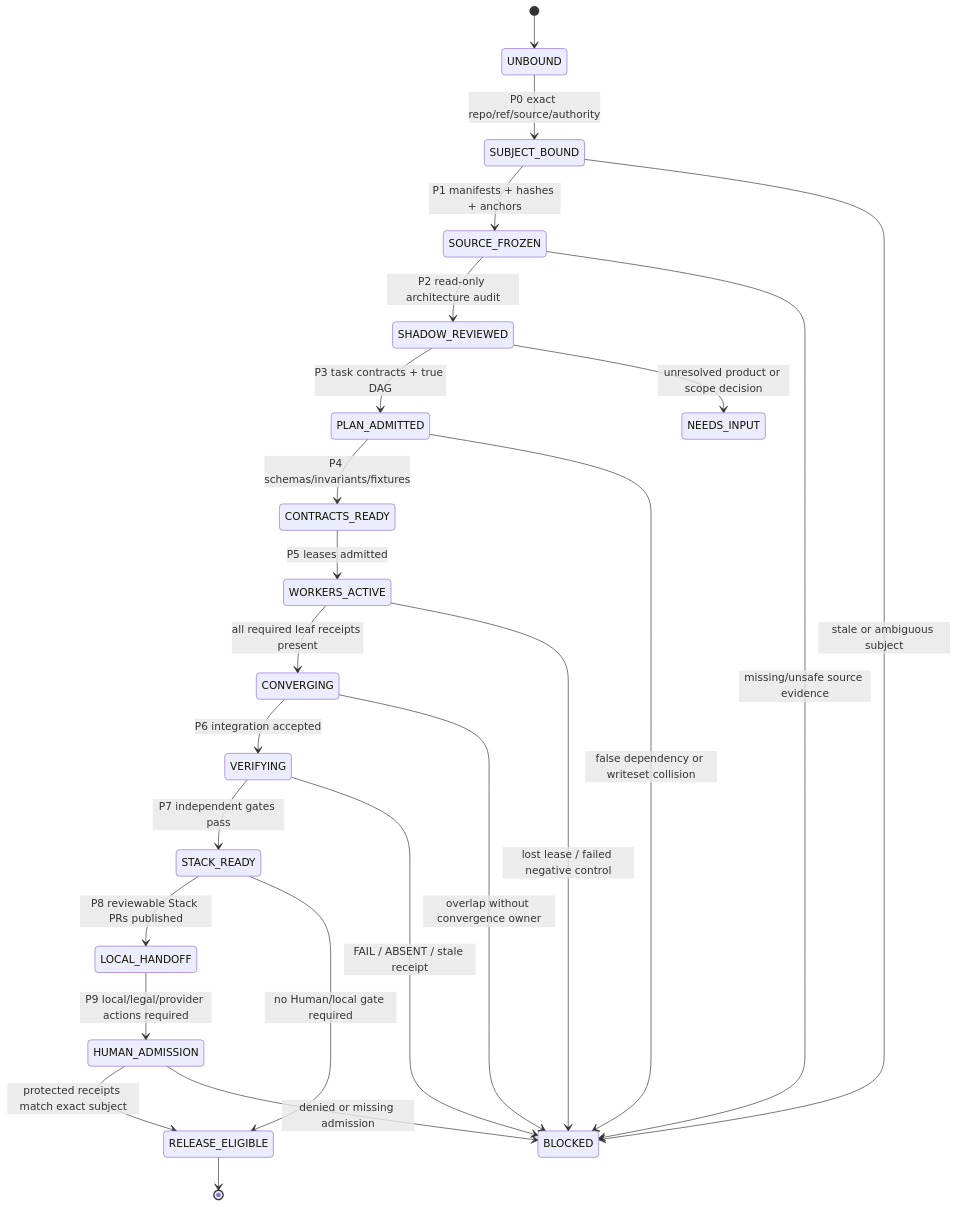
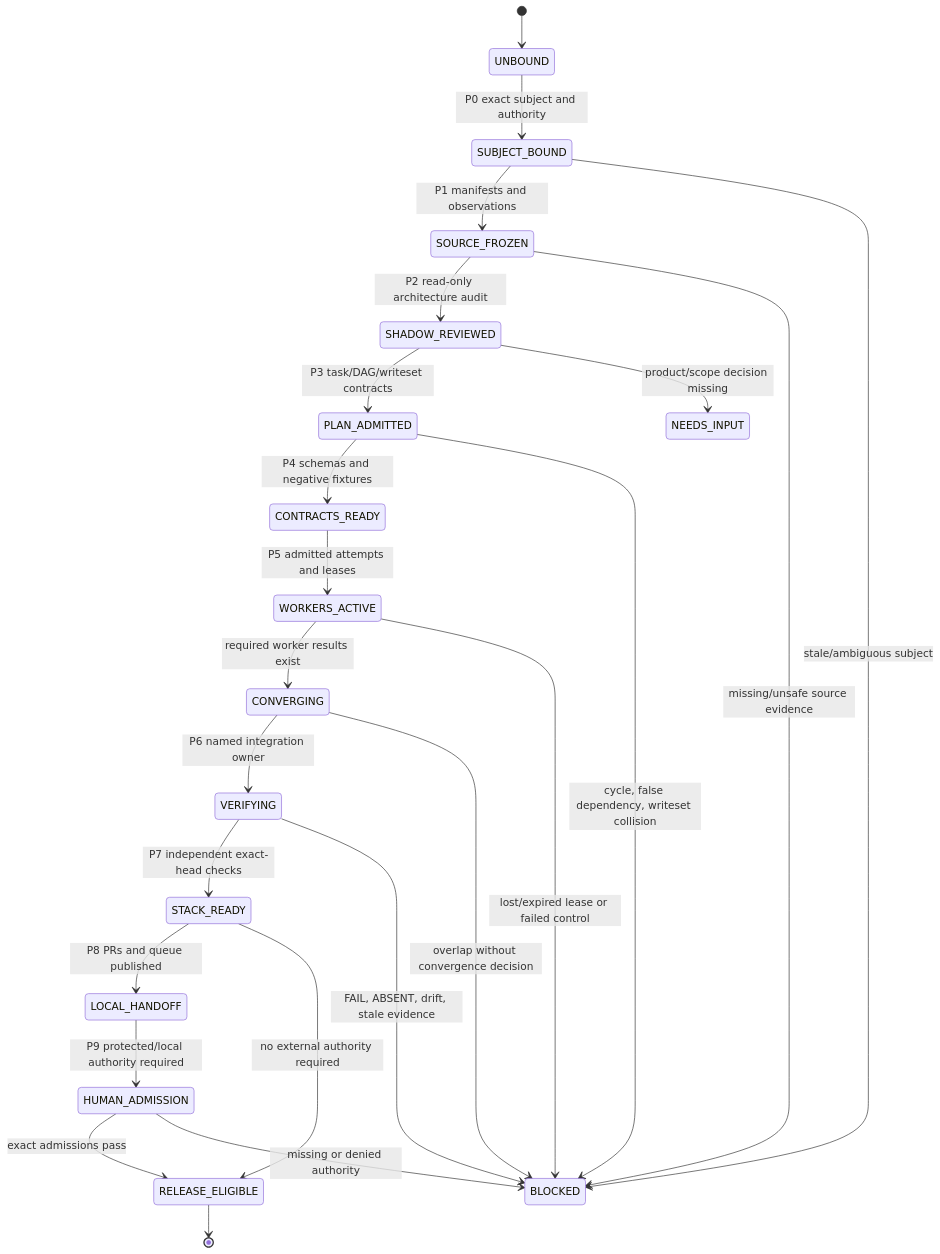
Before and after one commit to ed3c/website-design-compiler: the first of 2 diagrams in README.md, drawn with Mermaid. The commit also changed other lines of this file, not shown here.

Commit message:
docs(readme): publish integrated architecture and Stack PR topology

````diff
--- a/README.md
+++ b/README.md
@@ -89,27 +122,27 @@
 ```mermaid
 stateDiagram-v2
     [*] --> UNBOUND
-    UNBOUND --> SUBJECT_BOUND: P0 exact repo/ref/source/authority
-    SUBJECT_BOUND --> SOURCE_FROZEN: P1 manifests + hashes + anchors
+    UNBOUND --> SUBJECT_BOUND: P0 exact subject and authority
+    SUBJECT_BOUND --> SOURCE_FROZEN: P1 manifests and observations
     SOURCE_FROZEN --> SHADOW_REVIEWED: P2 read-only architecture audit
-    SHADOW_REVIEWED --> PLAN_ADMITTED: P3 task contracts + true DAG
-    PLAN_ADMITTED --> CONTRACTS_READY: P4 schemas/invariants/fixtures
-    CONTRACTS_READY --> WORKERS_ACTIVE: P5 leases admitted
-    WORKERS_ACTIVE --> CONVERGING: all required leaf receipts present
-    CONVERGING --> VERIFYING: P6 integration accepted
-    VERIFYING --> STACK_READY: P7 independent gates pass
-    STACK_READY --> LOCAL_HANDOFF: P8 reviewable Stack PRs published
-    LOCAL_HANDOFF --> HUMAN_ADMISSION: P9 local/legal/provider actions required
-    STACK_READY --> RELEASE_ELIGIBLE: no Human/local gate required
-    HUMAN_ADMISSION --> RELEASE_ELIGIBLE: protected receipts match exact subject
+    SHADOW_REVIEWED --> PLAN_ADMITTED: P3 task/DAG/writeset contracts
+    PLAN_ADMITTED --> CONTRACTS_READY: P4 schemas and negative fixtures
+    CONTRACTS_READY --> WORKERS_ACTIVE: P5 admitted attempts and leases
+    WORKERS_ACTIVE --> CONVERGING: required worker results exist
+    CONVERGING --> VERIFYING: P6 named integration owner
+    VERIFYING --> STACK_READY: P7 independent exact-head checks
+    STACK_READY --> LOCAL_HANDOFF: P8 PRs and queue published
+    LOCAL_HANDOFF --> HUMAN_ADMISSION: P9 protected/local authority required
+    STACK_READY --> RELEASE_ELIGIBLE: no external authority required
+    HUMAN_ADMISSION --> RELEASE_ELIGIBLE: exact admissions pass
     RELEASE_ELIGIBLE --> [*]
 
-    SUBJECT_BOUND --> BLOCKED: stale or ambiguous subject
+    SUBJECT_BOUND --> BLOCKED: stale/ambiguous subject
     SOURCE_FROZEN --> BLOCKED: missing/unsafe source evidence
-    SHADOW_REVIEWED --> NEEDS_INPUT: unresolved product or scope decision
-    PLAN_ADMITTED --> BLOCKED: false dependency or writeset collision
-    WORKERS_ACTIVE --> BLOCKED: lost lease / failed negative control
-    CONVERGING --> BLOCKED: overlap without convergence owner
-    VERIFYING --> BLOCKED: FAIL / ABSENT / stale receipt
-    HUMAN_ADMISSION --> BLOCKED: denied or missing admission
+    SHADOW_REVIEWED --> NEEDS_INPUT: product/scope decision missing
+    PLAN_ADMITTED --> BLOCKED: cycle, false dependency, writeset collision
+    WORKERS_ACTIVE --> BLOCKED: lost/expired lease or failed control
+    CONVERGING --> BLOCKED: overlap without convergence decision
+    VERIFYING --> BLOCKED: FAIL, ABSENT, drift, stale evidence
+    HUMAN_ADMISSION --> BLOCKED: missing or denied authority
 ```
````
